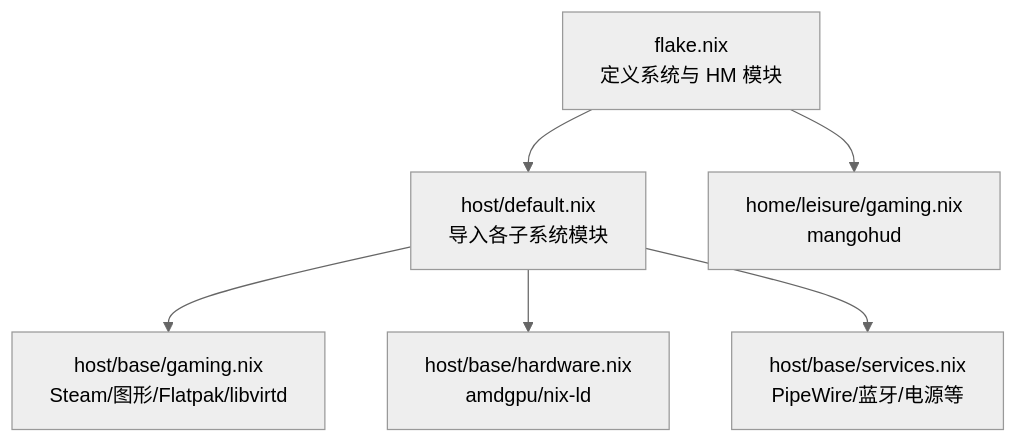
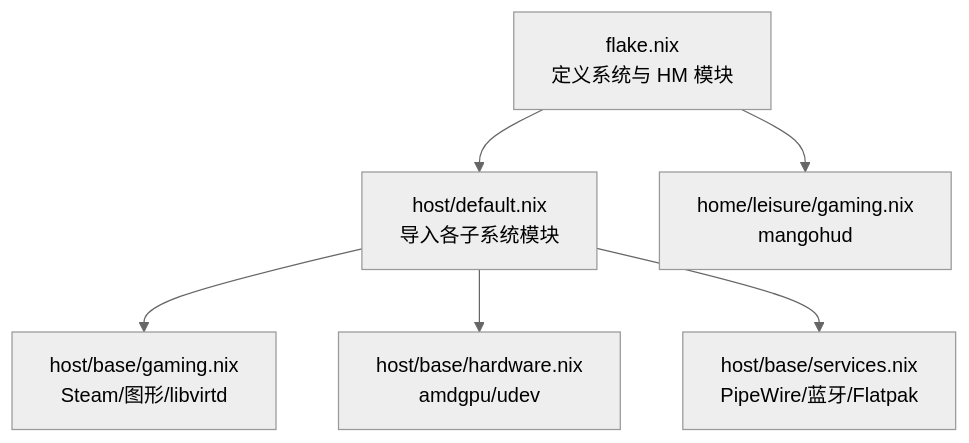
One commit to Shangshui0302/myNixOSConfig changed the diagram in wiki/leisure/gaming.md. Above: the diagram before and after it, drawn with Mermaid (neutral theme). The commit also changed other lines of this file and 55 other files, not shown here.

````diff
--- a/wiki/leisure/gaming.md
+++ b/wiki/leisure/gaming.md
@@ -14,8 +14,8 @@
 ```mermaid
 graph TB
 A["flake.nix<br/>定义系统与 HM 模块"] --> B["host/default.nix<br/>导入各子系统模块"]
-B --> C["host/base/gaming.nix<br/>Steam/图形/Flatpak/libvirtd"]
-B --> D["host/base/hardware.nix<br/>amdgpu/nix-ld"]
-B --> E["host/base/services.nix<br/>PipeWire/蓝牙/电源等"]
+B --> C["host/base/gaming.nix<br/>Steam/图形/libvirtd"]
+B --> D["host/base/hardware.nix<br/>amdgpu/udev"]
+B --> E["host/base/services.nix<br/>PipeWire/蓝牙/Flatpak"]
 A --> F["home/leisure/gaming.nix<br/>mangohud"]
 ```
````
